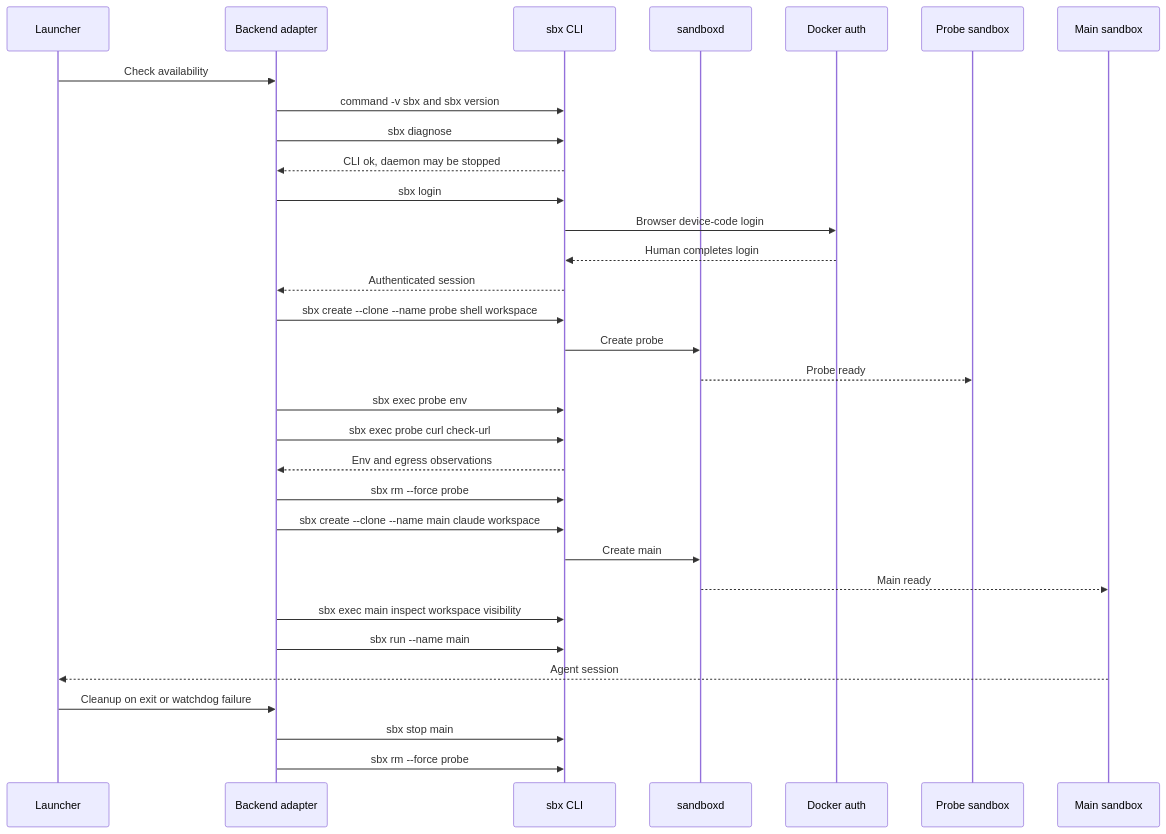
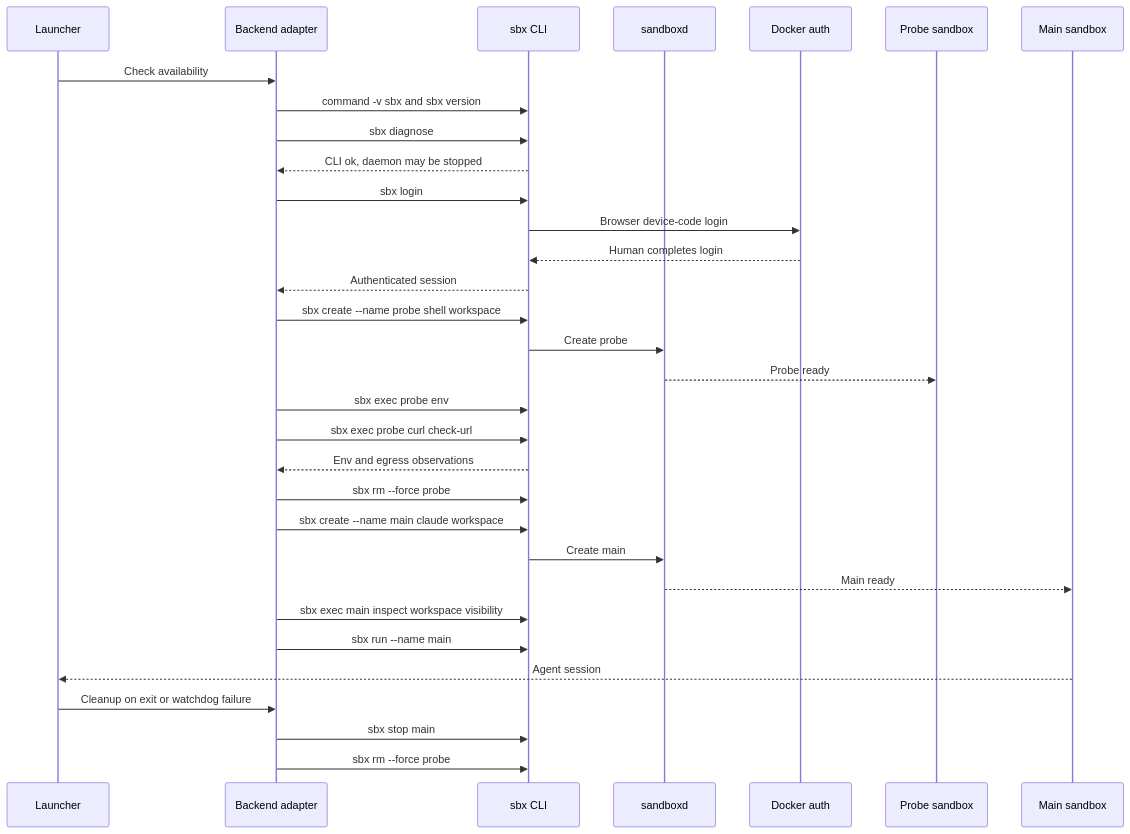
The fifth of 6 diagrams in docs/docker-sandbox-backend.md (liu-qingyuan/safe-claude-sbx), drawn with Mermaid before and after one commit. The commit also changed other lines of this file and 10 other files, not shown here.

````diff
--- a/docs/docker-sandbox-backend.md
+++ b/docs/docker-sandbox-backend.md
@@ -733,35 +734,35 @@
 ```mermaid
 sequenceDiagram
     participant L as Launcher
     participant B as Backend adapter
     participant S as sbx CLI
     participant D as sandboxd
     participant A as Docker auth
     participant P as Probe sandbox
     participant M as Main sandbox
 
     L->>B: Check availability
     B->>S: command -v sbx and sbx version
     B->>S: sbx diagnose
     S-->>B: CLI ok, daemon may be stopped
     B->>S: sbx login
     S->>A: Browser device-code login
     A-->>S: Human completes login
     S-->>B: Authenticated session
-    B->>S: sbx create --clone --name probe shell workspace
+    B->>S: sbx create --name probe shell workspace
     S->>D: Create probe
     D-->>P: Probe ready
     B->>S: sbx exec probe env
     B->>S: sbx exec probe curl check-url
     S-->>B: Env and egress observations
     B->>S: sbx rm --force probe
-    B->>S: sbx create --clone --name main claude workspace
+    B->>S: sbx create --name main claude workspace
     S->>D: Create main
     D-->>M: Main ready
     B->>S: sbx exec main inspect workspace visibility
     B->>S: sbx run --name main
     M-->>L: Agent session
     L->>B: Cleanup on exit or watchdog failure
     B->>S: sbx stop main
     B->>S: sbx rm --force probe
 ```
````
